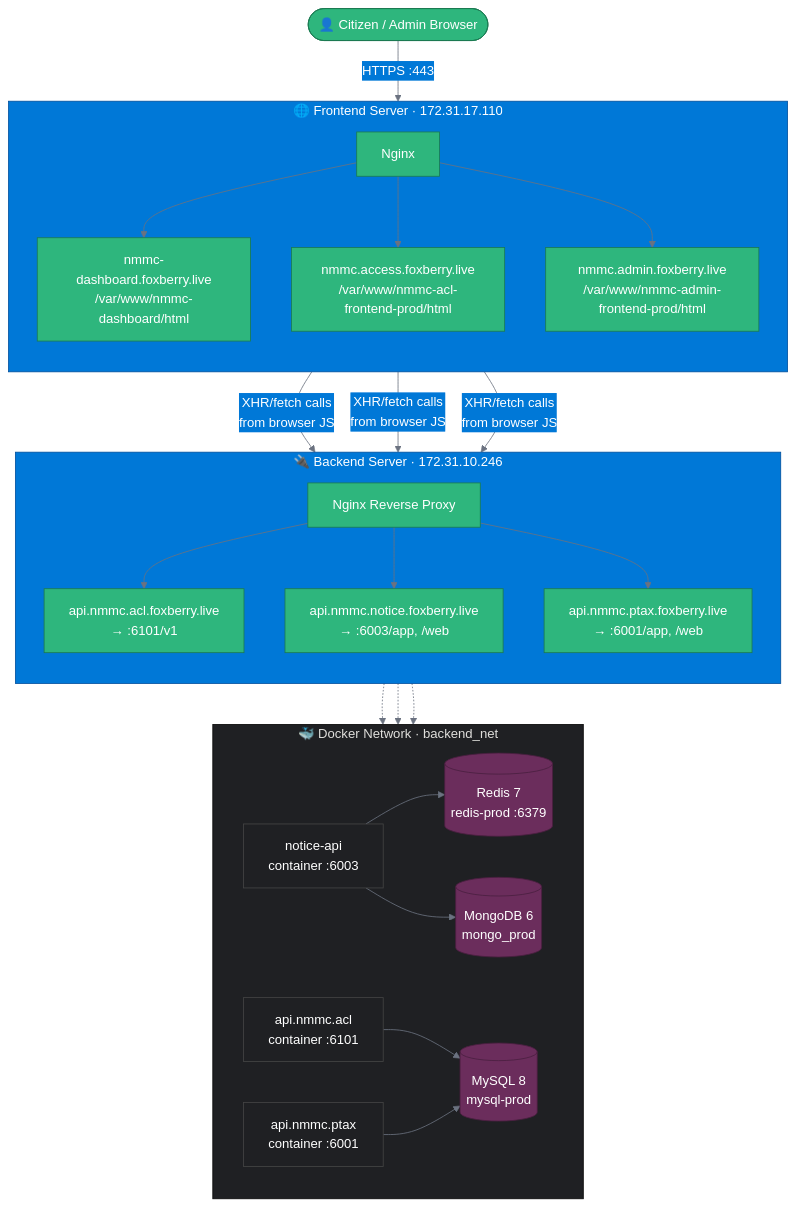
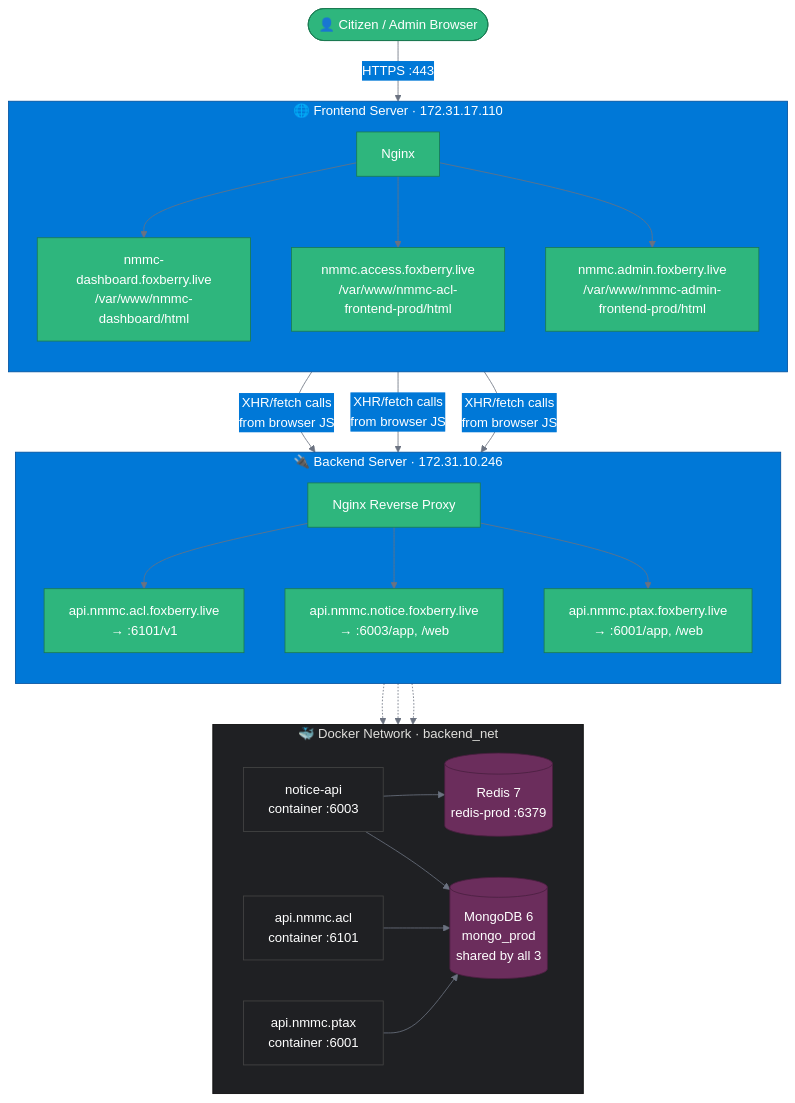
Before and after one commit to akshay-foxberry/NMMC-Project: the second of 6 diagrams in README.md, drawn with Mermaid. The commit also changed other lines of this file, not shown here.

````diff
--- a/README.md
+++ b/README.md
@@ -58,53 +107,52 @@
 ```mermaid
 %%{init: {'theme':'base', 'themeVariables': {'primaryColor':'#2EB67D','primaryTextColor':'#fff','primaryBorderColor':'#1a7a52','lineColor':'#6b7280','secondaryColor':'#0078D7','tertiaryColor':'#1F2023'}}}%%
 flowchart TD
     User(["👤 Citizen / Admin Browser"]) -->|HTTPS :443| FE
 
     subgraph FE["🌐 Frontend Server · 172.31.17.110"]
         direction TB
         FENginx["Nginx"]
         D1["nmmc-dashboard.foxberry.live<br/>/var/www/nmmc-dashboard/html"]
         D2["nmmc.access.foxberry.live<br/>/var/www/nmmc-acl-frontend-prod/html"]
         D3["nmmc.admin.foxberry.live<br/>/var/www/nmmc-admin-frontend-prod/html"]
         FENginx --> D1 & D2 & D3
     end
 
     D1 & D2 & D3 -->|"XHR/fetch calls<br/>from browser JS"| BE
 
     subgraph BE["🔌 Backend Server · 172.31.10.246"]
         direction TB
         BENginx["Nginx Reverse Proxy"]
         A1["api.nmmc.acl.foxberry.live<br/>→ :6101/v1"]
         A2["api.nmmc.notice.foxberry.live<br/>→ :6003/app, /web"]
         A3["api.nmmc.ptax.foxberry.live<br/>→ :6001/app, /web"]
         BENginx --> A1 & A2 & A3
     end
 
     subgraph DN["🐳 Docker Network · backend_net"]
         direction LR
         ACL["api.nmmc.acl<br/>container :6101"]
         NOTICE["notice-api<br/>container :6003"]
         PTAX["api.nmmc.ptax<br/>container :6001"]
         REDIS[("Redis 7<br/>redis-prod :6379")]
-        MONGO[("MongoDB 6<br/>mongo_prod")]
-        MYSQL[("MySQL 8<br/>mysql-prod")]
+        MONGO[("MongoDB 6<br/>mongo_prod<br/>shared by all 3")]
 
         NOTICE --> REDIS
         NOTICE --> MONGO
-        ACL --> MYSQL
-        PTAX --> MYSQL
+        ACL --> MONGO
+        PTAX --> MONGO
     end
 
     A1 -.-> ACL
     A2 -.-> NOTICE
     A3 -.-> PTAX
 
     classDef server fill:#0078D7,stroke:#00509e,color:#fff
     classDef proxy fill:#2EB67D,stroke:#1a7a52,color:#fff
     classDef svc fill:#1F2023,stroke:#444,color:#fff
     classDef data fill:#6B2D5C,stroke:#4a1f40,color:#fff
     class FE,BE server
     class FENginx,BENginx proxy
     class ACL,NOTICE,PTAX svc
-    class REDIS,MONGO,MYSQL data
+    class REDIS,MONGO data
 ```
````
